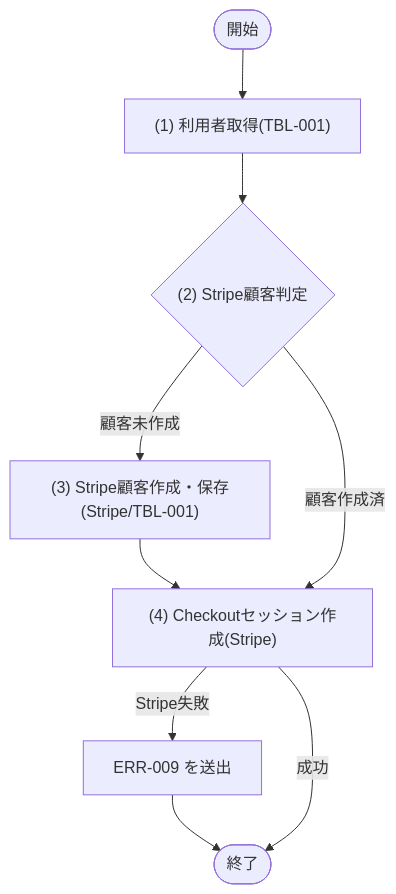
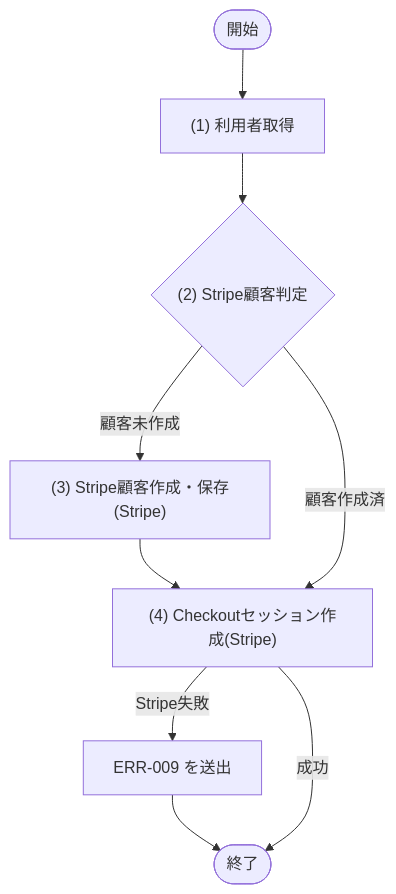
One commit to sikakou54/system-document-template changed the second of 5 diagrams in docs/02_機能設計/05_モジュール設計/MOD-007_課金サービス.md. Above: the diagram before and after it, drawn with Mermaid. The commit also changed other lines of this file and 128 other files, not shown here.

````diff
--- a/docs/02_機能設計/05_モジュール設計/MOD-007_課金サービス.md
+++ b/docs/02_機能設計/05_モジュール設計/MOD-007_課金サービス.md
@@ -36,16 +122,16 @@
 ```mermaid
 flowchart TD
   Start([開始])
-  P1["(1) 利用者取得(TBL-001)"]
+  P1["(1) 利用者取得"]
   D1{"(2) Stripe顧客判定"}
-  P2["(3) Stripe顧客作成・保存(Stripe/TBL-001)"]
+  P2["(3) Stripe顧客作成・保存(Stripe)"]
   P3["(4) Checkoutセッション作成(Stripe)"]
   E1["ERR-009 を送出"]
   End([終了])
 
   Start --> P1 --> D1
   D1 -- "顧客未作成" --> P2 --> P3
   D1 -- "顧客作成済" --> P3
   P3 -- "Stripe失敗" --> E1 --> End
   P3 -- "成功" --> End
 ```
````
